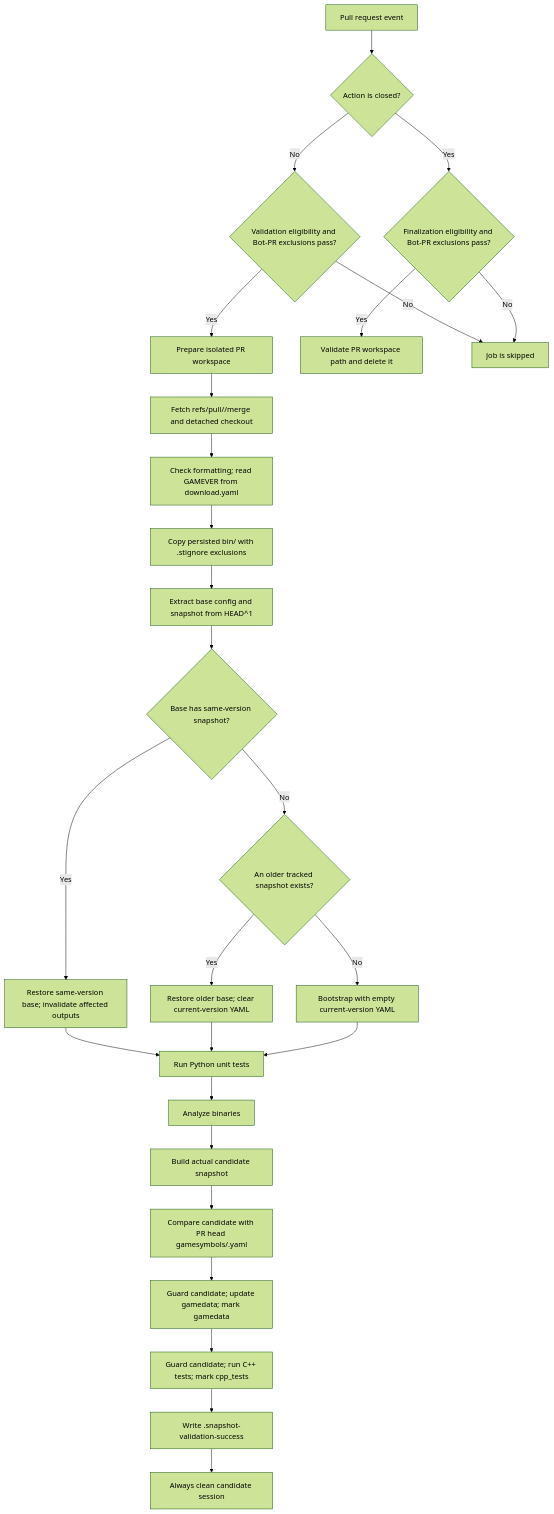
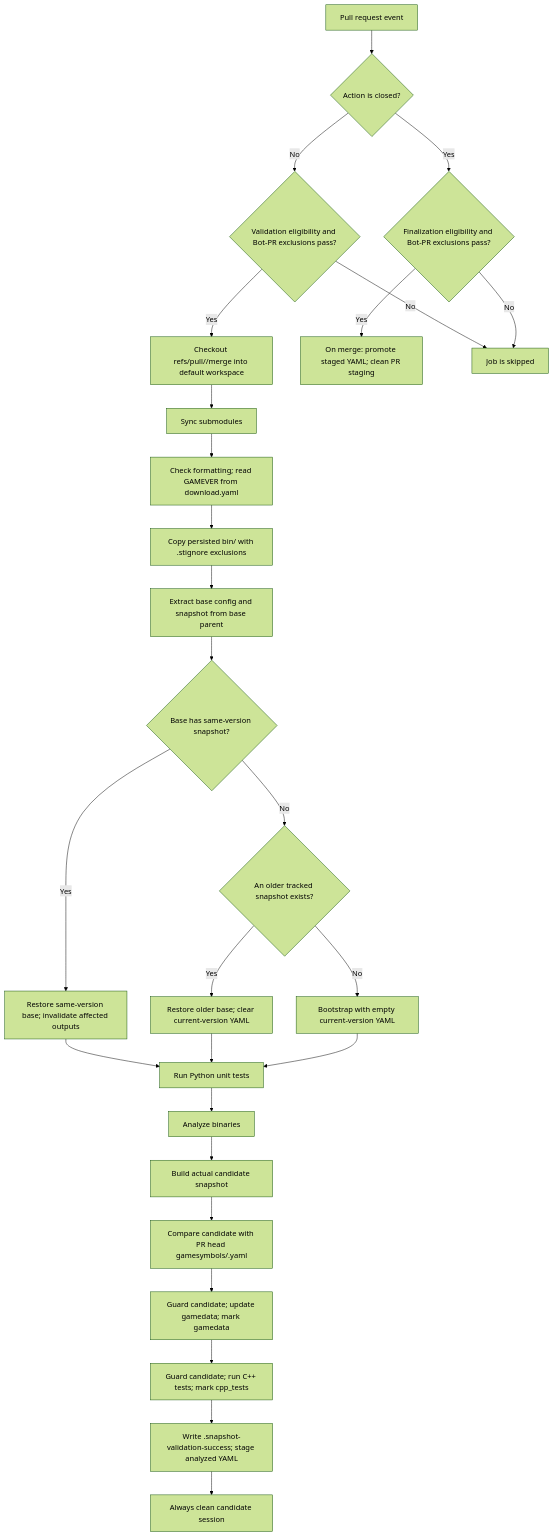
One commit to HLND2T/CS2_VibeSignatures changed the diagram in memory/pr-self-runner.md. Above: the diagram before and after it, drawn with Mermaid (forest theme). The commit also changed other lines of this file and 2 other files, not shown here.

First line of the commit message:
refactor(ci): use default checkout and promote staged YAML on PR merge

````diff
--- a/memory/pr-self-runner.md
+++ b/memory/pr-self-runner.md
@@ -54,54 +54,54 @@
 ```mermaid
 flowchart TD
 A["Pull request event"]
 B{"Action is closed?"}
 C{"Validation eligibility and Bot-PR exclusions pass?"}
 D{"Finalization eligibility and Bot-PR exclusions pass?"}
-E["Prepare isolated PR workspace"]
-F["Fetch refs/pull/<PR>/merge and detached checkout"]
+E["Checkout refs/pull/<PR>/merge into default workspace"]
+F["Sync submodules"]
 G["Check formatting; read GAMEVER from download.yaml"]
 H["Copy persisted bin/<GAMEVER> with .stignore exclusions"]
-I["Extract base config and snapshot from HEAD^1"]
+I["Extract base config and snapshot from base parent"]
 J{"Base has same-version snapshot?"}
 K["Restore same-version base; invalidate affected outputs"]
 L{"An older tracked snapshot exists?"}
 M["Restore older base; clear current-version YAML"]
 N["Bootstrap with empty current-version YAML"]
 O["Run Python unit tests"]
 P["Analyze binaries"]
 Q["Build actual candidate snapshot"]
 R["Compare candidate with PR head gamesymbols/<GAMEVER>.yaml"]
 S["Guard candidate; update gamedata; mark gamedata"]
 T["Guard candidate; run C++ tests; mark cpp_tests"]
-U["Write .snapshot-validation-success"]
+U["Write .snapshot-validation-success; stage analyzed YAML"]
 V["Always clean candidate session"]
-W["Validate PR workspace path and delete it"]
+W["On merge: promote staged YAML; clean PR staging"]
 X["Job is skipped"]
 
 A --> B
 B -->|No| C
 B -->|Yes| D
 C -->|No| X
 C -->|Yes| E
 D -->|No| X
 D -->|Yes| W
 E --> F
 F --> G
 G --> H
 H --> I
 I --> J
 J -->|Yes| K
 J -->|No| L
 L -->|Yes| M
 L -->|No| N
 K --> O
 M --> O
 N --> O
 O --> P
 P --> Q
 Q --> R
 R --> S
 S --> T
 T --> U
 U --> V
 ```
````
